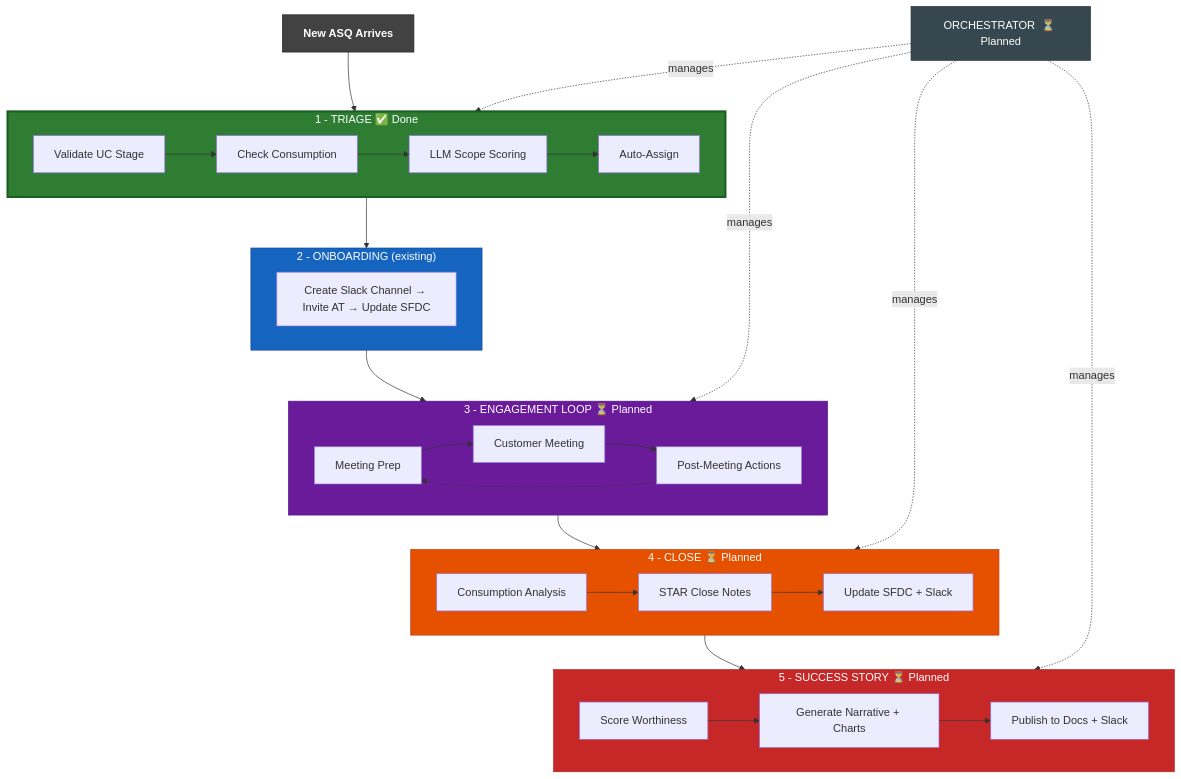
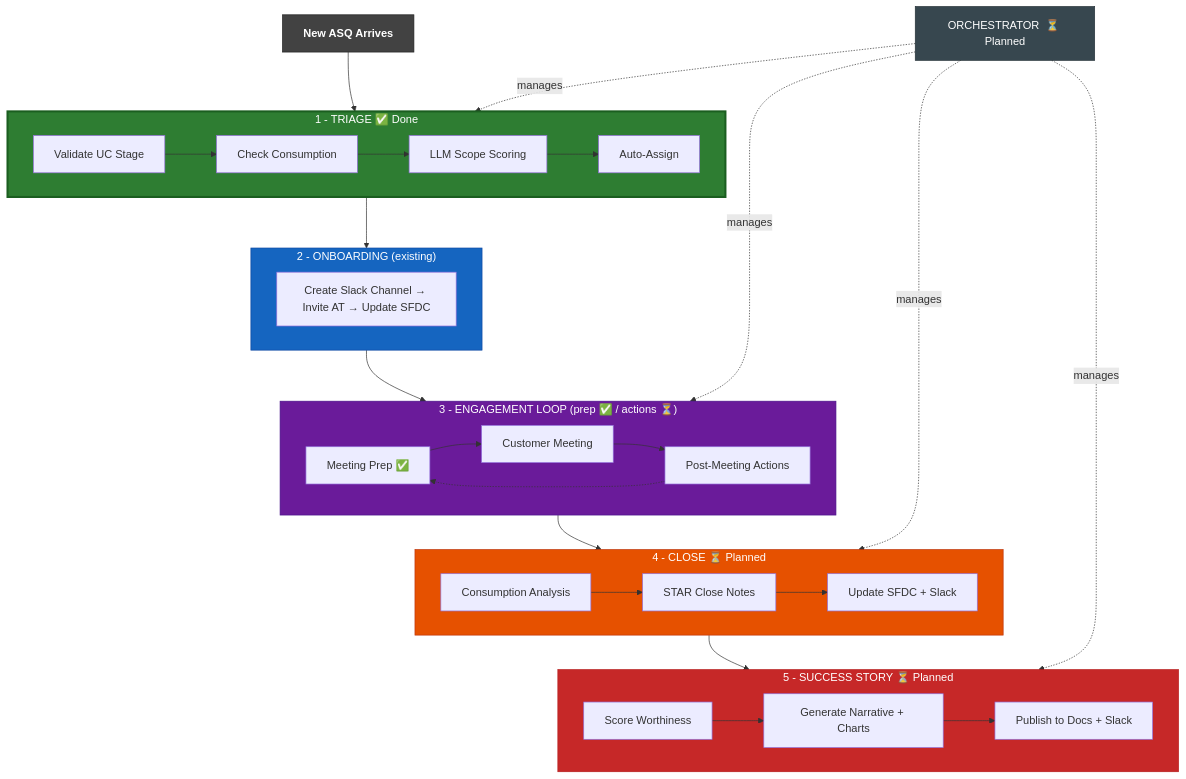
Before and after one commit to shdzhang/emea-sts-productivity-hackathon: the diagram in README.md, drawn with Mermaid. The commit also changed other lines of this file, not shown here.

````diff
--- a/README.md
+++ b/README.md
@@ -13,51 +13,51 @@
 ```mermaid
 graph TD
     A["<b>New ASQ Arrives</b>"] --> B
 
     subgraph B["1 - TRIAGE  ✅ Done"]
         B1["Validate UC Stage"] --> B2["Check Consumption"]
         B2 --> B3["LLM Scope Scoring"]
         B3 --> B4["Auto-Assign"]
     end
 
     B --> C
 
     subgraph C["2 - ONBOARDING  (existing)"]
         C1["Create Slack Channel → Invite AT → Update SFDC"]
     end
 
     C --> D
 
-    subgraph D["3 - ENGAGEMENT LOOP  ⏳ Planned"]
-        D1["Meeting Prep"] --> D2["Customer Meeting"]
+    subgraph D["3 - ENGAGEMENT LOOP  (prep ✅ / actions ⏳)"]
+        D1["Meeting Prep ✅"] --> D2["Customer Meeting"]
         D2 --> D3["Post-Meeting Actions"]
         D3 -.-> D1
     end
 
     D --> E
 
     subgraph E["4 - CLOSE  ⏳ Planned"]
         E1["Consumption Analysis"] --> E2["STAR Close Notes"]
         E2 --> E3["Update SFDC + Slack"]
     end
 
     E --> F
 
     subgraph F["5 - SUCCESS STORY  ⏳ Planned"]
         F1["Score Worthiness"] --> F2["Generate Narrative + Charts"]
         F2 --> F3["Publish to Docs + Slack"]
     end
 
     G["ORCHESTRATOR  ⏳ Planned"] -.->|"manages"| B
     G -.->|"manages"| D
     G -.->|"manages"| E
     G -.->|"manages"| F
 
     style B fill:#2e7d32,color:#fff,stroke:#1b5e20,stroke-width:3px
     style C fill:#1565c0,color:#fff,stroke:#0d47a1
     style D fill:#6a1b9a,color:#fff,stroke:#4a148c
     style E fill:#e65100,color:#fff,stroke:#bf360c
     style F fill:#c62828,color:#fff,stroke:#b71c1c
     style G fill:#37474f,color:#fff,stroke:#263238
     style A fill:#424242,color:#fff,stroke:#212121
 ```
````
